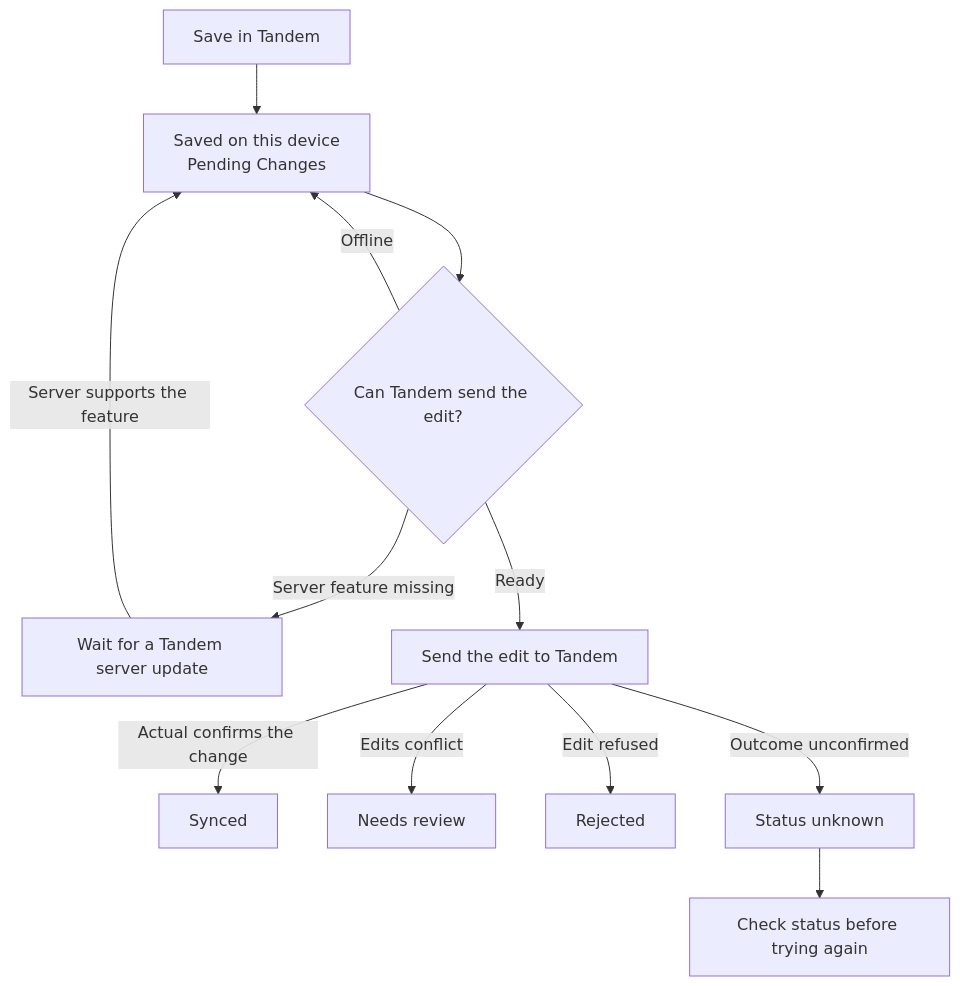
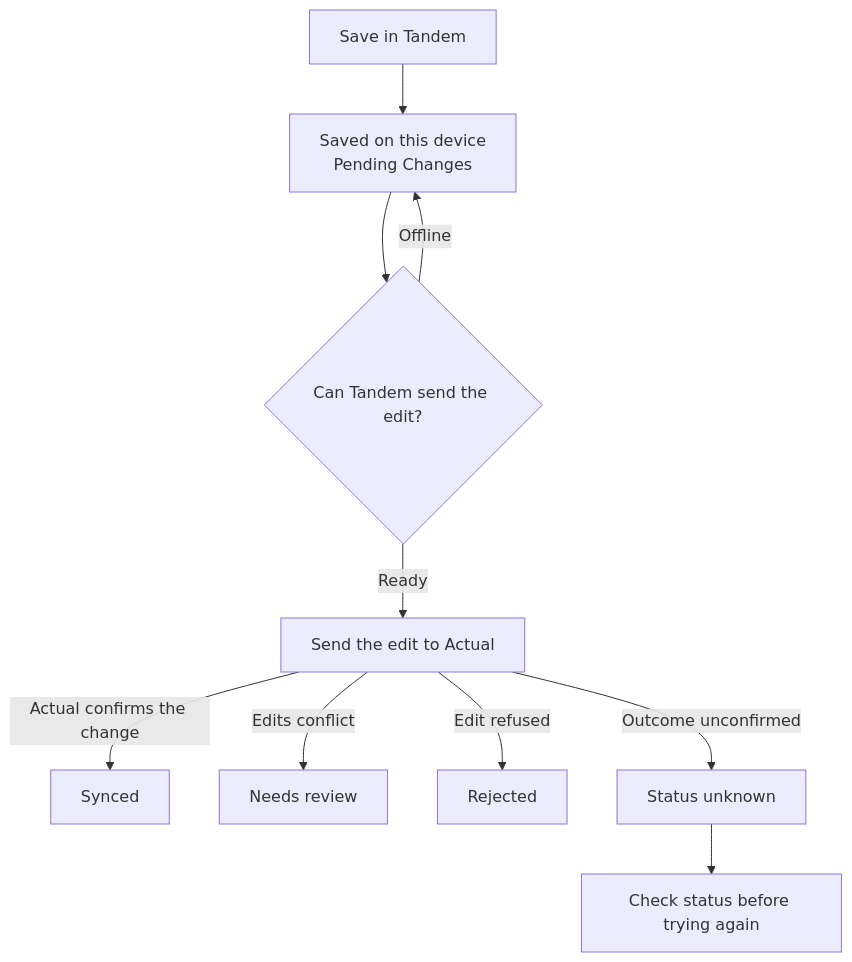
The diagram in docs/using/offline-sync-and-conflicts.md (Nischay-Pro/tandem), drawn with Mermaid before and after one commit. The commit also changed other lines of this file and 170 other files, not shown here.

````diff
--- a/docs/using/offline-sync-and-conflicts.md
+++ b/docs/using/offline-sync-and-conflicts.md
@@ -14,14 +13,12 @@
 ```mermaid
 flowchart TD
   save[Save in Tandem] --> queued["Saved on this device<br/>Pending Changes"]
   queued --> ready{"Can Tandem send the edit?"}
   ready -->|Offline| queued
-  ready -->|Server feature missing| waiting[Wait for a Tandem server update]
-  waiting -->|Server supports the feature| queued
-  ready -->|Ready| send[Send the edit to Tandem]
+  ready -->|Ready| send[Send the edit to Actual]
   send -->|Actual confirms the change| synced[Synced]
   send -->|Edits conflict| review[Needs review]
   send -->|Edit refused| rejected[Rejected]
   send -->|Outcome unconfirmed| unknown[Status unknown]
   unknown --> check[Check status before trying again]
 ```
````
